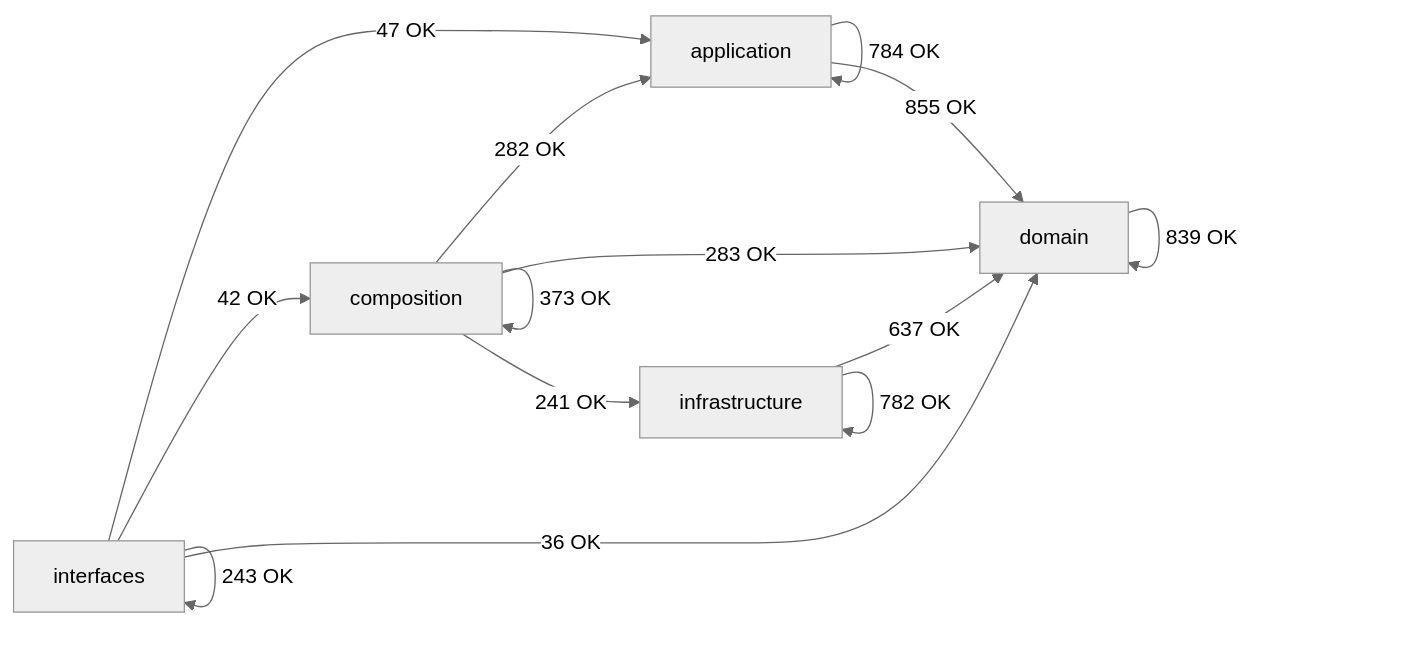
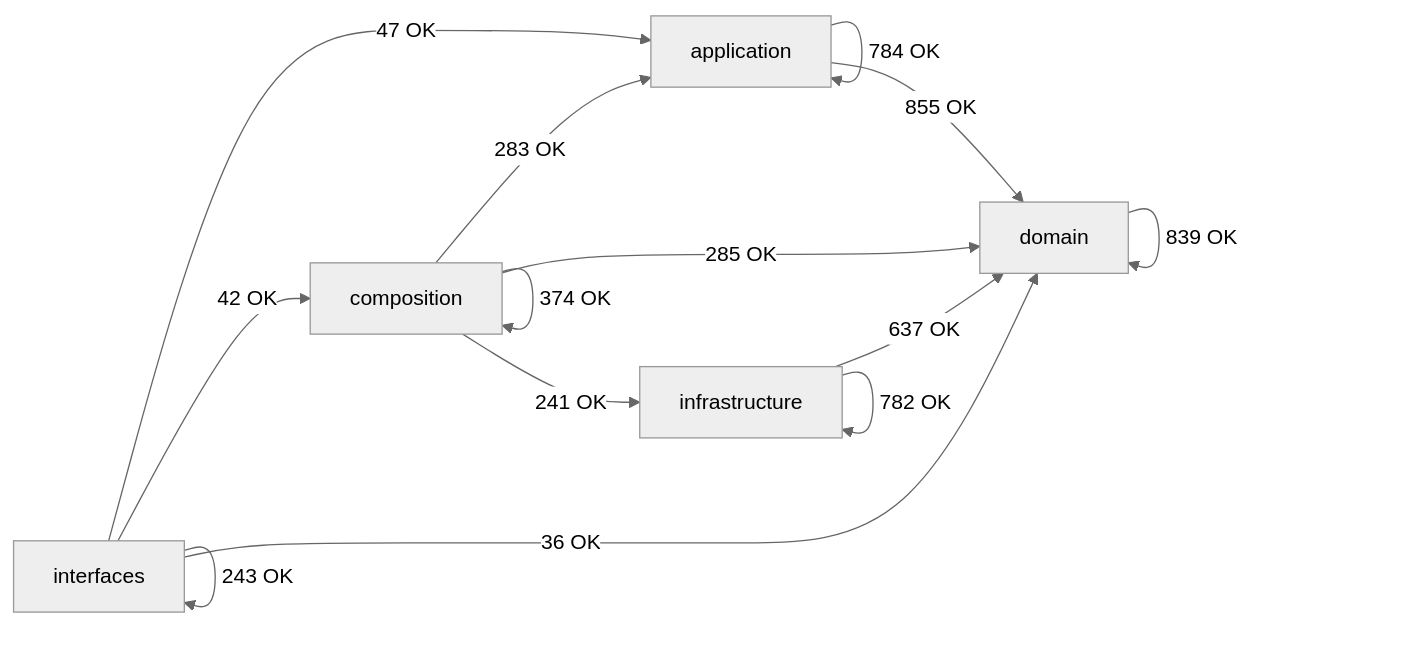
Before and after one commit to SatoryKono/BioactivityDataAcquisition: the diagram in docs/02-architecture/generated/module-dependency-map.md, drawn with Mermaid (neutral theme). The commit also changed other lines of this file and 18 other files, not shown here.

````diff
--- a/docs/02-architecture/generated/module-dependency-map.md
+++ b/docs/02-architecture/generated/module-dependency-map.md
@@ -26,21 +26,21 @@
 ```mermaid
 flowchart LR
     domain[domain]
     application[application]
     infrastructure[infrastructure]
     composition[composition]
     interfaces[interfaces]
     application -->|784 OK| application
     application -->|855 OK| domain
-    composition -->|282 OK| application
-    composition -->|373 OK| composition
-    composition -->|283 OK| domain
+    composition -->|283 OK| application
+    composition -->|374 OK| composition
+    composition -->|285 OK| domain
     composition -->|241 OK| infrastructure
     domain -->|839 OK| domain
     infrastructure -->|637 OK| domain
     infrastructure -->|782 OK| infrastructure
     interfaces -->|47 OK| application
     interfaces -->|42 OK| composition
     interfaces -->|36 OK| domain
     interfaces -->|243 OK| interfaces
 ```
````
